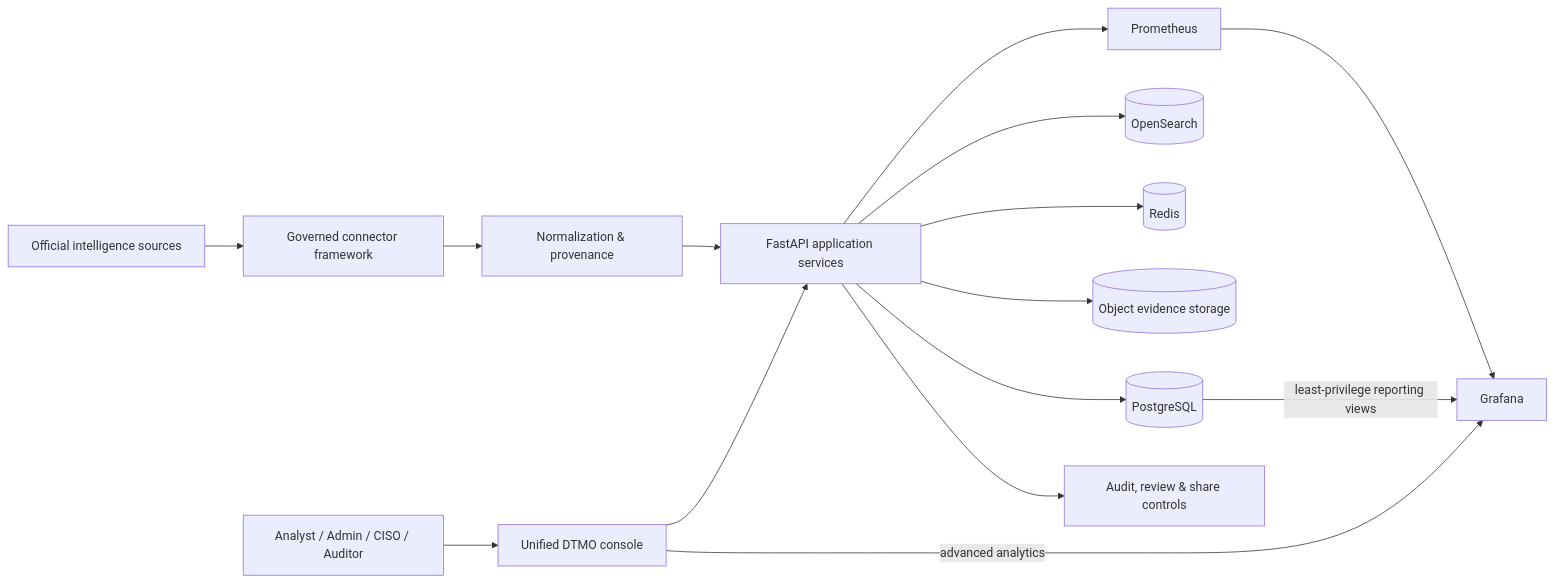
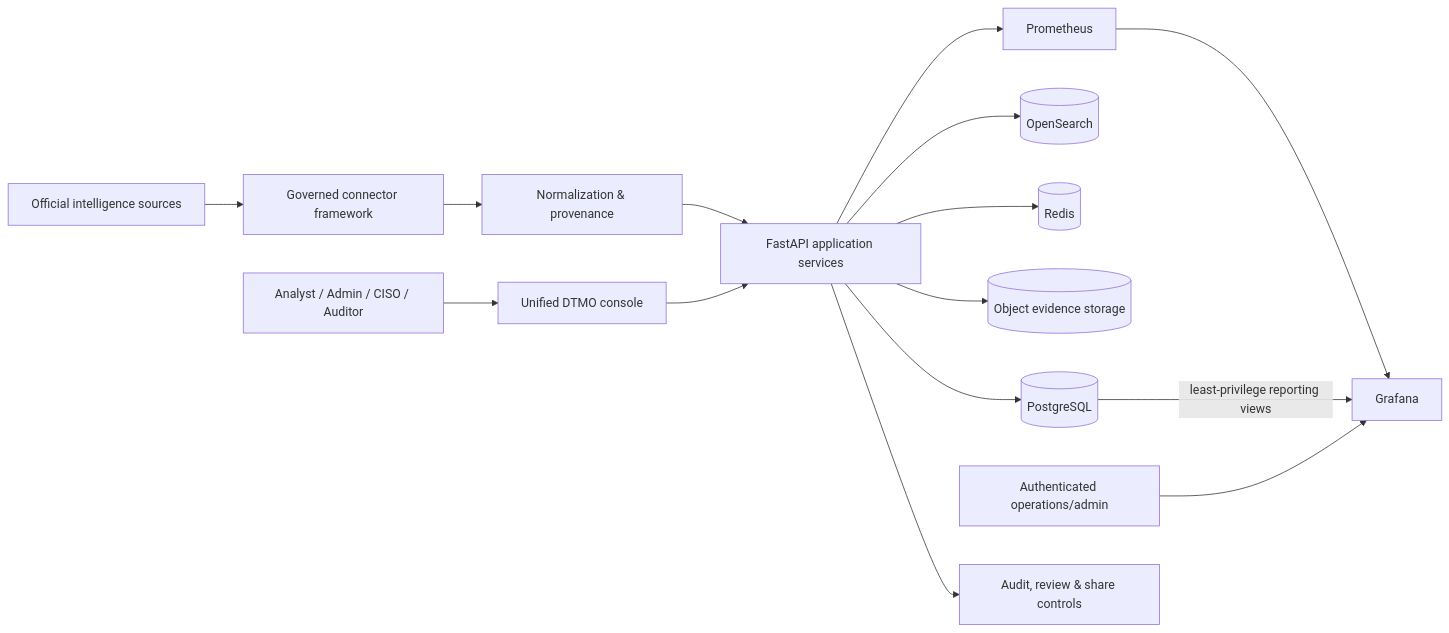
One commit to GJvManen/dtmo changed the first of 2 diagrams in README.md. Above: the diagram before and after it, drawn with Mermaid. The commit also changed other lines of this file, not shown here.

Commit message:
docs(rc13.2): make README reflect merged RC13.1 and native analytics boundary

````diff
--- a/README.md
+++ b/README.md
@@ -28,21 +28,21 @@
 ```mermaid
 flowchart LR
     S[Official intelligence sources] --> C[Governed connector framework]
     C --> N[Normalization & provenance]
     N --> A[FastAPI application services]
 
     A --> P[(PostgreSQL)]
     A --> O[(OpenSearch)]
     A --> R[(Redis)]
     A --> M[(Object evidence storage)]
 
     A --> PR[Prometheus]
     PR --> G[Grafana]
     P -->|least-privilege reporting views| G
 
     U[Analyst / Admin / CISO / Auditor] --> UI[Unified DTMO console]
     UI --> A
-    UI -->|advanced analytics| G
+    OPS[Authenticated operations/admin] --> G
 
     A --> AUD[Audit, review & share controls]
 ```
````
